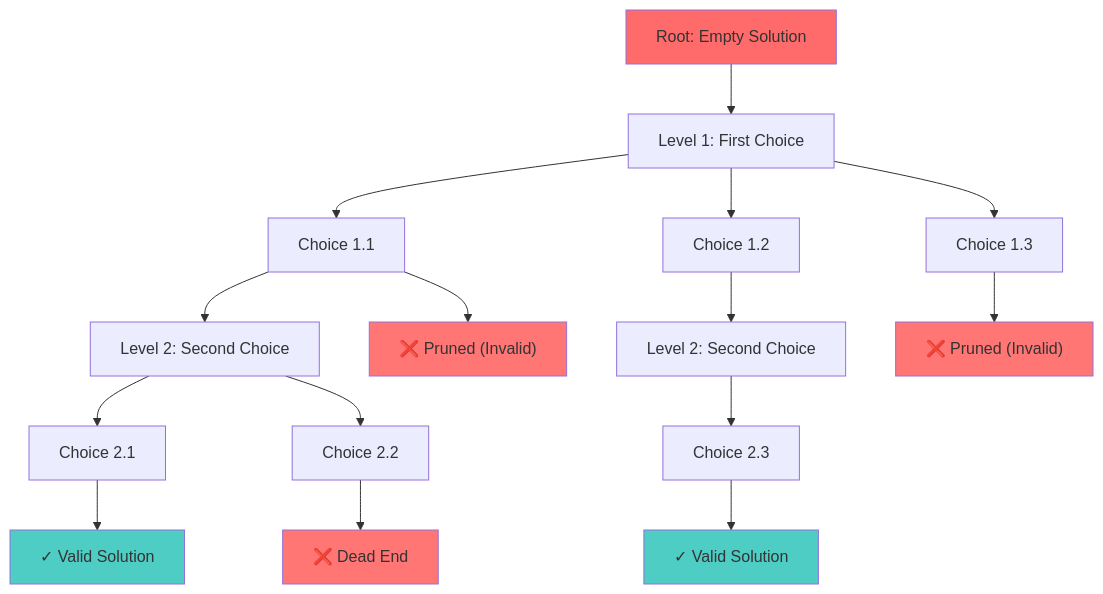
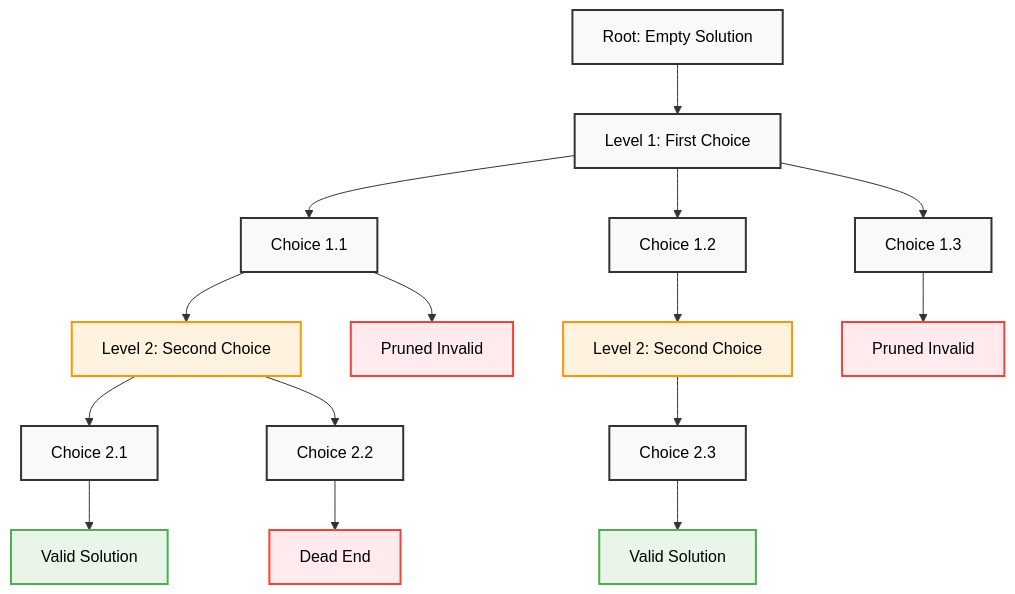
One commit to AbhishekGiri04/Algorithmics-Foundations changed the ninth of 17 diagrams in concepts/algorithm-design.md. Above: the diagram before and after it, drawn with Mermaid. The commit also changed other lines of this file, not shown here.

Commit message:
Complete algorithm design guide with professional diagrams and comprehensive coverage

````diff
--- a/concepts/algorithm-design.md
+++ b/concepts/algorithm-design.md
@@ -816,27 +475,28 @@
 ```mermaid
 flowchart TD
     A["Root: Empty Solution"] --> B["Level 1: First Choice"]
     B --> C["Choice 1.1"]
     B --> D["Choice 1.2"]
     B --> E["Choice 1.3"]
     
     C --> F["Level 2: Second Choice"]
-    C --> G["❌ Pruned (Invalid)"]
+    C --> G["Pruned Invalid"]
     D --> H["Level 2: Second Choice"]
-    E --> I["❌ Pruned (Invalid)"]
+    E --> I["Pruned Invalid"]
     
     F --> J["Choice 2.1"]
     F --> K["Choice 2.2"]
     H --> L["Choice 2.3"]
     
-    J --> M["✓ Valid Solution"]
-    K --> N["❌ Dead End"]
-    L --> O["✓ Valid Solution"]
+    J --> M["Valid Solution"]
+    K --> N["Dead End"]
+    L --> O["Valid Solution"]
     
-    style A fill:#ff6b6b
-    style M fill:#4ecdc4
-    style O fill:#4ecdc4
-    style G fill:#ff7675
-    style I fill:#ff7675
-    style N fill:#ff7675
+    classDef default fill:#f9f9f9,stroke:#333,stroke-width:2px,color:#000
+    classDef valid fill:#e8f5e8,stroke:#4caf50,stroke-width:2px,color:#000
+    classDef invalid fill:#ffebee,stroke:#f44336,stroke-width:2px,color:#000
+    classDef pruned fill:#fff3e0,stroke:#ff9800,stroke-width:2px,color:#000
+    class M,O valid
+    class G,I,N invalid
+    class F,H pruned
 ```
````
